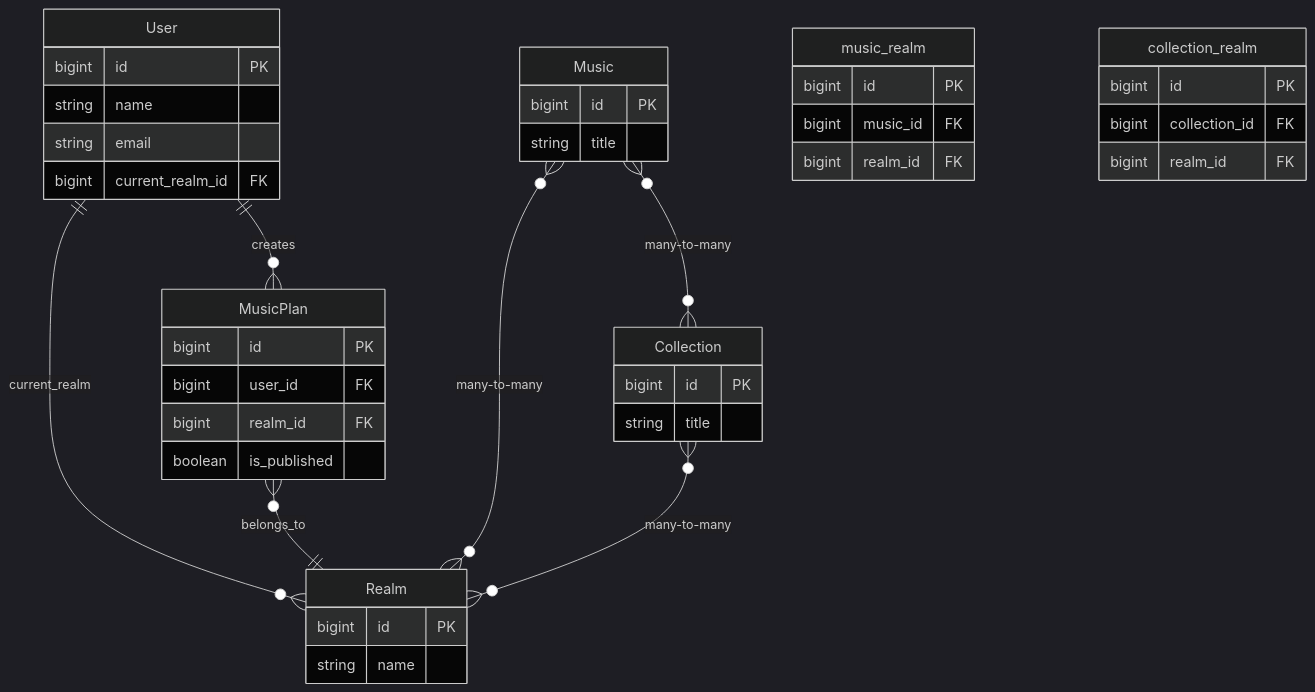
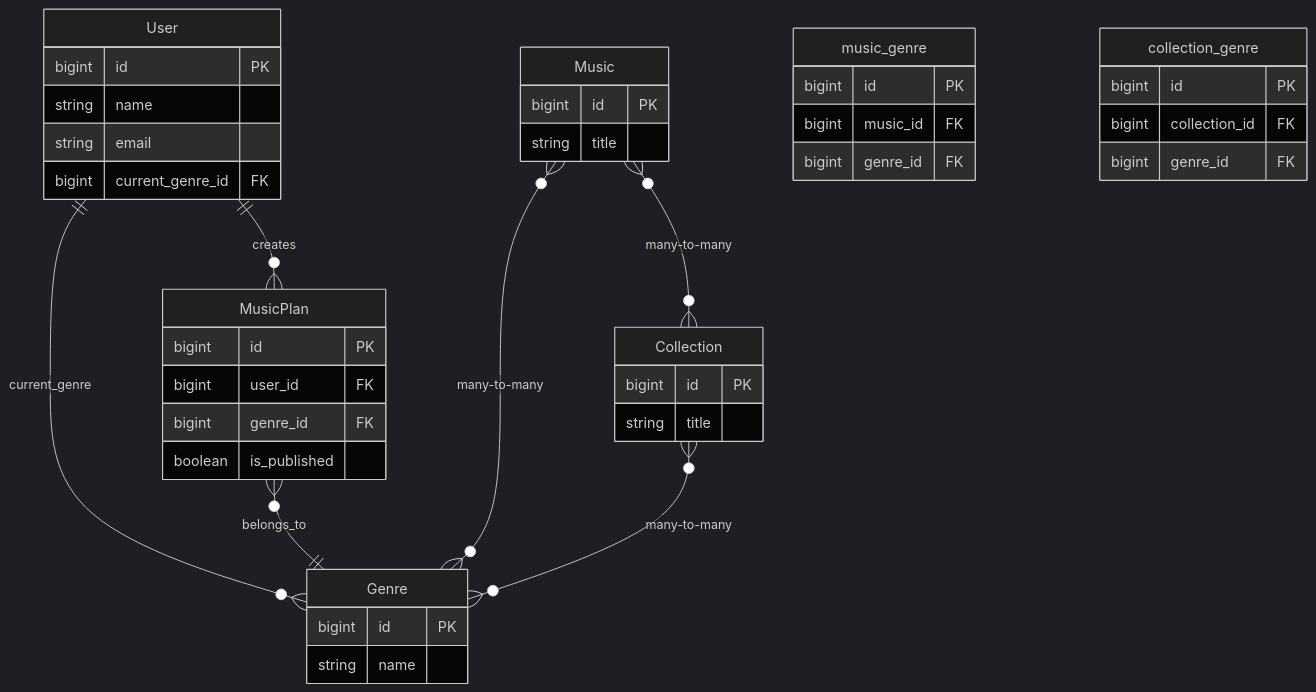
One commit to szentjozsefhackathon/cantores changed the diagram in plans/realm-refactor-implementation.md. Above: the diagram before and after it, drawn with Mermaid (dark theme). The commit also changed other lines of this file and 32 other files, not shown here.

First line of the commit message:
Refactor realm references to genre in music-related components and tests

````diff
--- a/plans/realm-refactor-implementation.md
+++ b/plans/realm-refactor-implementation.md
@@ -316,50 +316,50 @@
 ```mermaid
 erDiagram
-    User ||--o{ Realm : "current_realm"
+    User ||--o{ Genre : "current_genre"
     User ||--o{ MusicPlan : creates
-    MusicPlan }o--|| Realm : belongs_to
-    Music }o--o{ Realm : "many-to-many"
-    Collection }o--o{ Realm : "many-to-many"
+    MusicPlan }o--|| Genre : belongs_to
+    Music }o--o{ Genre : "many-to-many"
+    Collection }o--o{ Genre : "many-to-many"
     Music }o--o{ Collection : "many-to-many"
     
     User {
         bigint id PK
         string name
         string email
-        bigint current_realm_id FK
+        bigint current_genre_id FK
     }
     
-    Realm {
+    Genre {
         bigint id PK
         string name
     }
     
     MusicPlan {
         bigint id PK
         bigint user_id FK
-        bigint realm_id FK
+        bigint genre_id FK
         boolean is_published
     }
     
     Music {
         bigint id PK
         string title
     }
     
     Collection {
         bigint id PK
         string title
     }
     
-    music_realm {
+    music_genre {
         bigint id PK
         bigint music_id FK
-        bigint realm_id FK
+        bigint genre_id FK
     }
     
-    collection_realm {
+    collection_genre {
         bigint id PK
         bigint collection_id FK
-        bigint realm_id FK
+        bigint genre_id FK
     }
 ```
````
